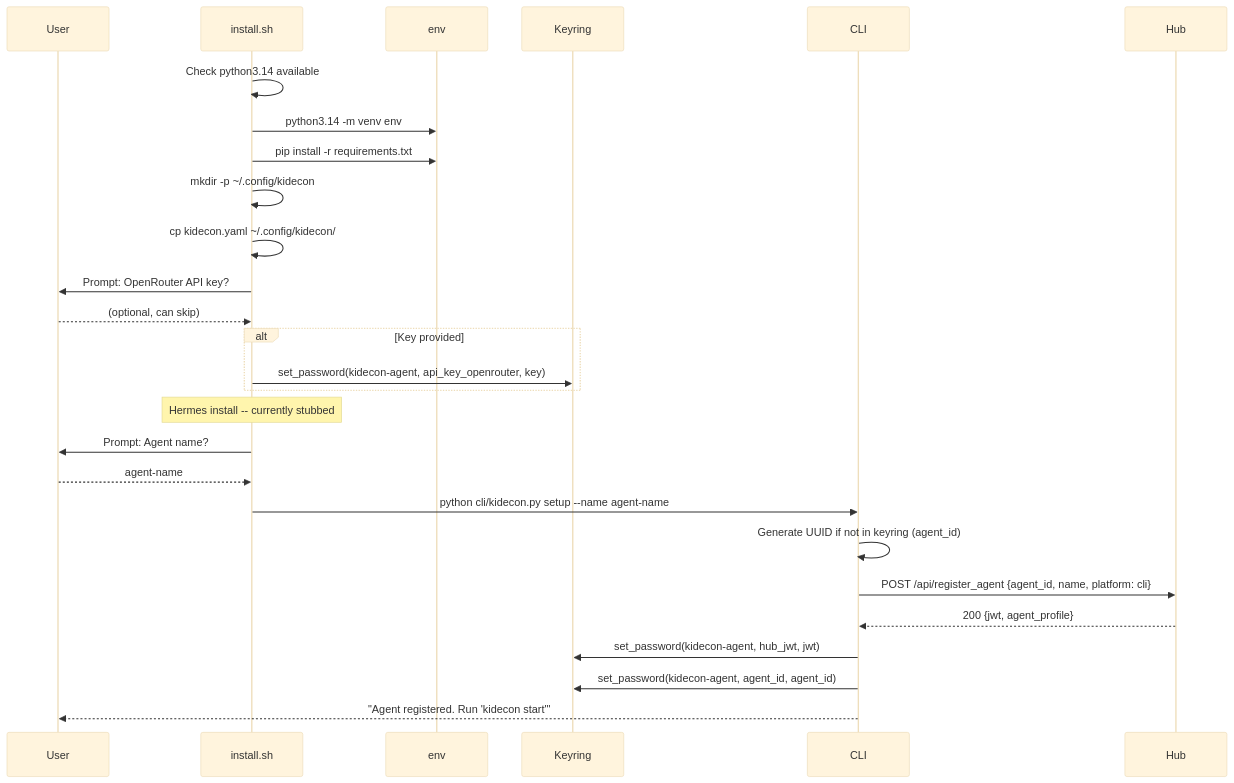
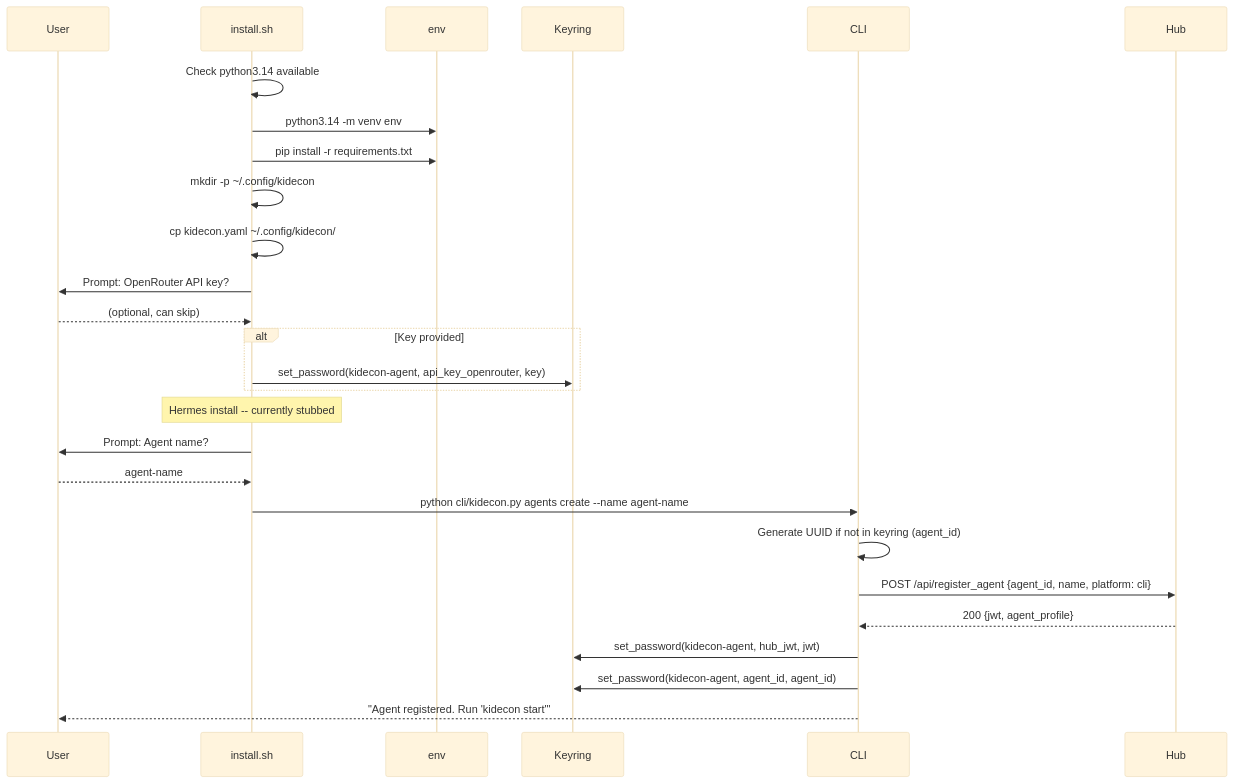
One commit to kideconomy/kidecon-agent changed the first of 9 diagrams in docs/FLOW_CONTROL.md. Above: the diagram before and after it, drawn with Mermaid (base theme). The commit also changed other lines of this file and 11 other files, not shown here.

First line of the commit message:
refactor: split setup into authenticate + agents create; improve workspace UX

````diff
--- a/docs/FLOW_CONTROL.md
+++ b/docs/FLOW_CONTROL.md
@@ -5,29 +5,29 @@
 ```mermaid
 sequenceDiagram
     participant User
     participant Install as install.sh
     participant Venv as env
     Install->>Install: Check python3.14 available
     Install->>Venv: python3.14 -m venv env
     Install->>Venv: pip install -r requirements.txt
     Install->>Install: mkdir -p ~/.config/kidecon
     Install->>Install: cp kidecon.yaml ~/.config/kidecon/
 
     Install->>User: Prompt: OpenRouter API key?
     User-->>Install: (optional, can skip)
     alt Key provided
         Install->>Keyring: set_password(kidecon-agent, api_key_openrouter, key)
     end
 
     Note over Install: Hermes install -- currently stubbed
 
     Install->>User: Prompt: Agent name?
     User-->>Install: agent-name
-    Install->>CLI: python cli/kidecon.py setup --name agent-name
+    Install->>CLI: python cli/kidecon.py agents create --name agent-name
     CLI->>CLI: Generate UUID if not in keyring (agent_id)
     CLI->>Hub: POST /api/register_agent {agent_id, name, platform: cli}
     Hub-->>CLI: 200 {jwt, agent_profile}
     CLI->>Keyring: set_password(kidecon-agent, hub_jwt, jwt)
     CLI->>Keyring: set_password(kidecon-agent, agent_id, agent_id)
     CLI-->>User: "Agent registered. Run 'kidecon start'"
 ```
````
